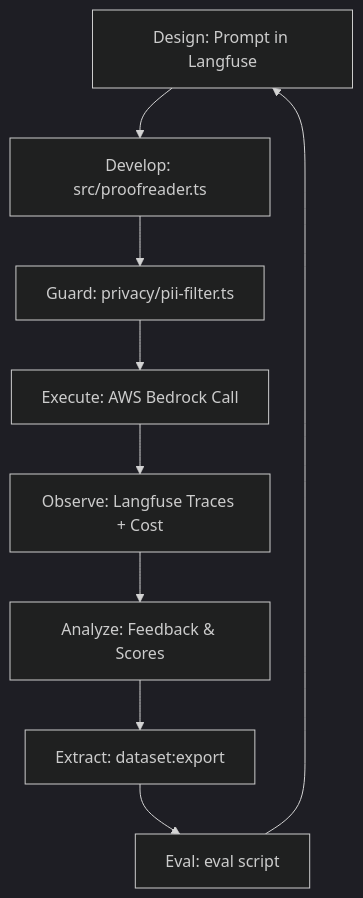
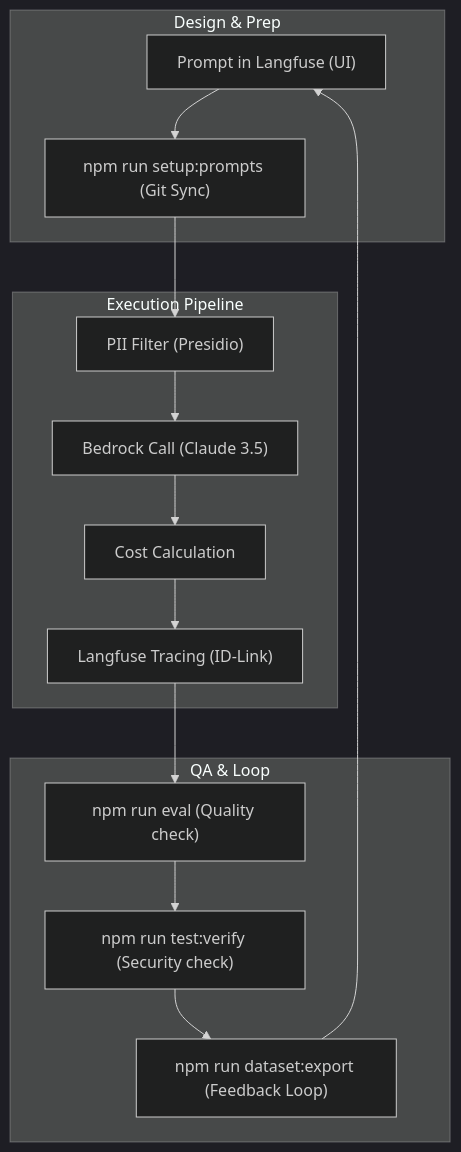
Before and after one commit to platzerg/veeds-llmops: the diagram in README.md, drawn with Mermaid (dark theme). The commit also changed other lines of this file and 9 other files, not shown here.

````diff
--- a/README.md
+++ b/README.md
@@ -55,11 +747,20 @@
 ```mermaid
 graph TD
-    A[Design: Prompt in Langfuse] --> B[Develop: src/proofreader.ts]
-    B --> C[Guard: privacy/pii-filter.ts]
-    C --> D[Execute: AWS Bedrock Call]
-    D --> E[Observe: Langfuse Traces + Cost]
-    E --> F[Analyze: Feedback & Scores]
-    F --> G[Extract: dataset:export]
-    G --> H[Eval: eval script]
-    H --> A
+    subgraph "Design & Prep"
+    A["Prompt in Langfuse (UI)"] --> B["npm run setup:prompts (Git Sync)"]
+    end
+    
+    subgraph "Execution Pipeline"
+    B --> C["PII Filter (Presidio)"]
+    C --> D["Bedrock Call (Claude 3.5)"]
+    D --> E["Cost Calculation"]
+    E --> F["Langfuse Tracing (ID-Link)"]
+    end
+    
+    subgraph "QA & Loop"
+    F --> G["npm run eval (Quality check)"]
+    G --> H["npm run test:verify (Security check)"]
+    H --> I["npm run dataset:export (Feedback Loop)"]
+    I --> A
+    end
 ```
````
